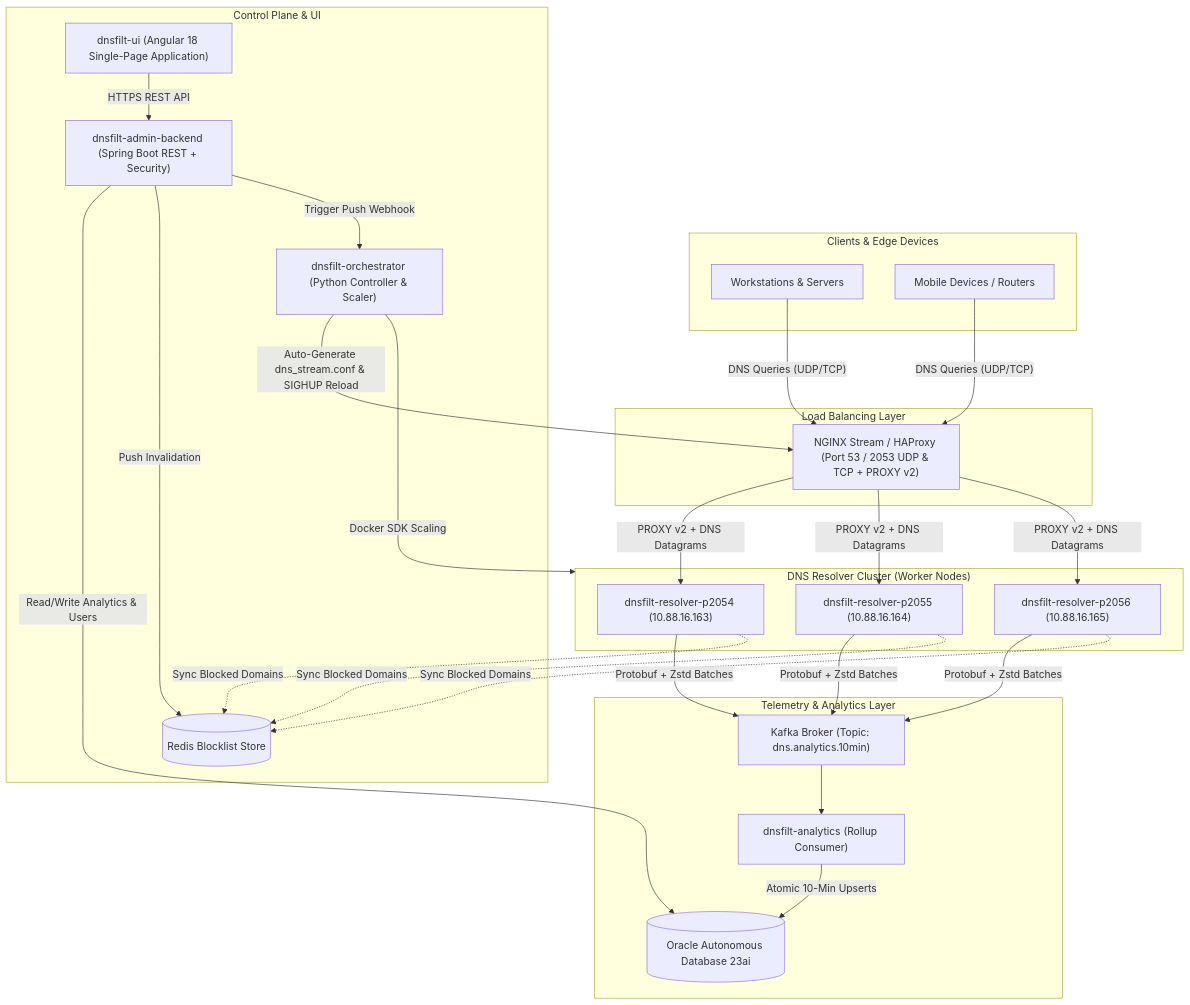
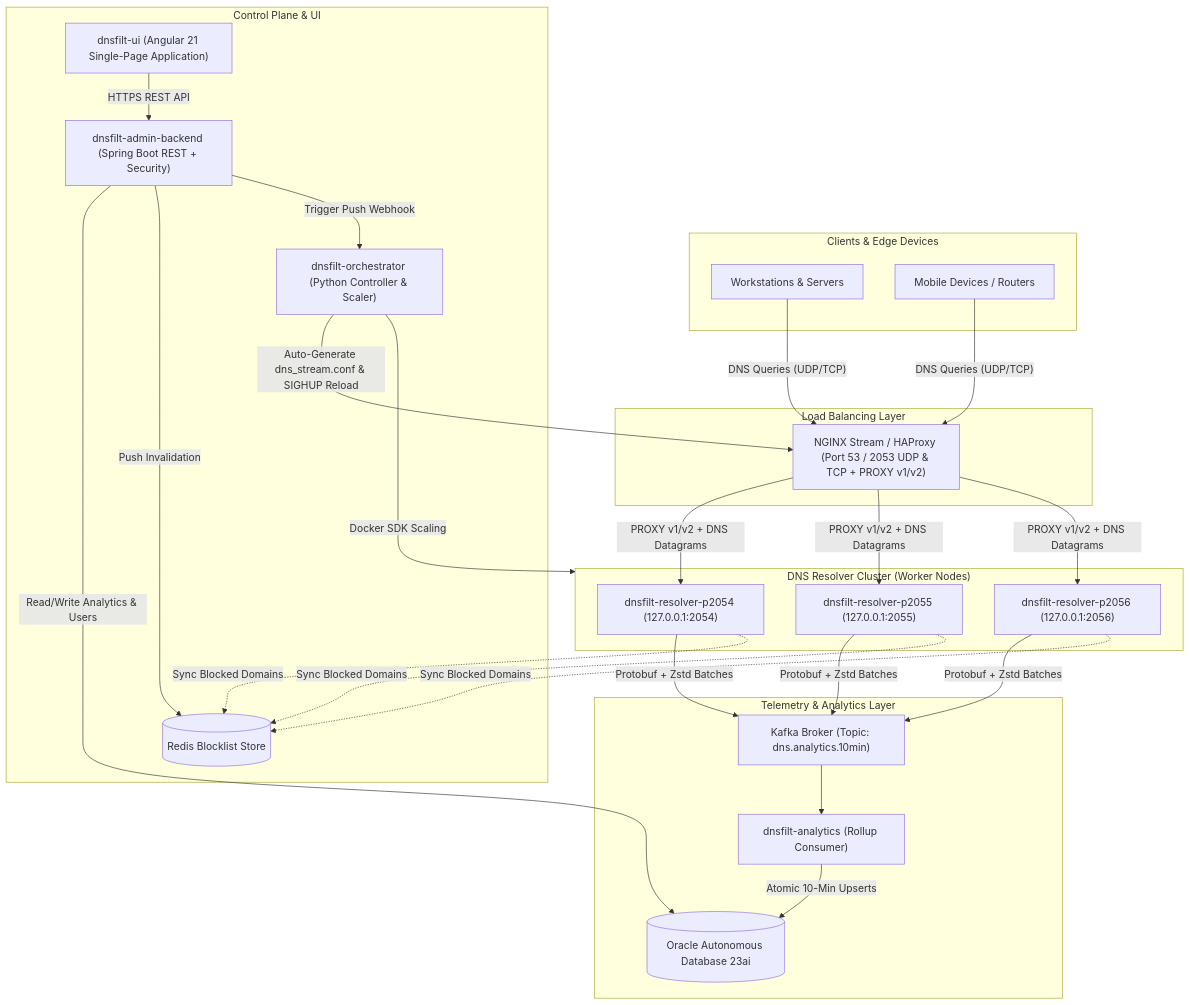
One commit to ikaushikpal/dnsfilt changed the diagram in README.md. Above: the diagram before and after it, drawn with Mermaid. The commit also changed other lines of this file and 13 other files, not shown here.

````diff
--- a/README.md
+++ b/README.md
@@ -68,45 +68,45 @@
 ```mermaid
 flowchart TD
     subgraph Clients["Clients & Edge Devices"]
         C1["Workstations & Servers"]
         C2["Mobile Devices / Routers"]
     end
 
     subgraph LoadBalancer["Load Balancing Layer"]
-        GW["NGINX Stream / HAProxy (Port 53 / 2053 UDP & TCP + PROXY v2)"]
+        GW["NGINX Stream / HAProxy (Port 53 / 2053 UDP & TCP + PROXY v1/v2)"]
     end
 
     subgraph ResolverCluster["DNS Resolver Cluster (Worker Nodes)"]
-        R1["dnsfilt-resolver-p2054 (10.88.16.163)"]
-        R2["dnsfilt-resolver-p2055 (10.88.16.164)"]
-        R3["dnsfilt-resolver-p2056 (10.88.16.165)"]
+        R1["dnsfilt-resolver-p2054 (127.0.0.1:2054)"]
+        R2["dnsfilt-resolver-p2055 (127.0.0.1:2055)"]
+        R3["dnsfilt-resolver-p2056 (127.0.0.1:2056)"]
     end
 
     subgraph EventStreaming["Telemetry & Analytics Layer"]
         KAFKA["Kafka Broker (Topic: dns.analytics.10min)"]
         ANALYTICS["dnsfilt-analytics (Rollup Consumer)"]
         ORACLE[("Oracle Autonomous Database 23ai")]
     end
 
     subgraph Management["Control Plane & UI"]
         BACKEND["dnsfilt-admin-backend (Spring Boot REST + Security)"]
-        UI["dnsfilt-ui (Angular 18 Single-Page Application)"]
+        UI["dnsfilt-ui (Angular 21 Single-Page Application)"]
         ORCH["dnsfilt-orchestrator (Python Controller & Scaler)"]
         REDIS[("Redis Blocklist Store")]
     end
 
     C1 & C2 -->|"DNS Queries (UDP/TCP)"| GW
-    GW -->|"PROXY v2 + DNS Datagrams"| R1 & R2 & R3
+    GW -->|"PROXY v1/v2 + DNS Datagrams"| R1 & R2 & R3
     R1 & R2 & R3 -->|"Protobuf + Zstd Batches"| KAFKA
     KAFKA --> ANALYTICS
     ANALYTICS -->|"Atomic 10-Min Upserts"| ORACLE
     
     UI -->|"HTTPS REST API"| BACKEND
     BACKEND -->|"Read/Write Analytics & Users"| ORACLE
     BACKEND -->|"Push Invalidation"| REDIS
     R1 & R2 & R3 -.->|"Sync Blocked Domains"| REDIS
 
     BACKEND -->|"Trigger Push Webhook"| ORCH
     ORCH -->|"Docker SDK Scaling"| ResolverCluster
     ORCH -->|"Auto-Generate dns_stream.conf & SIGHUP Reload"| GW
 ```
````
